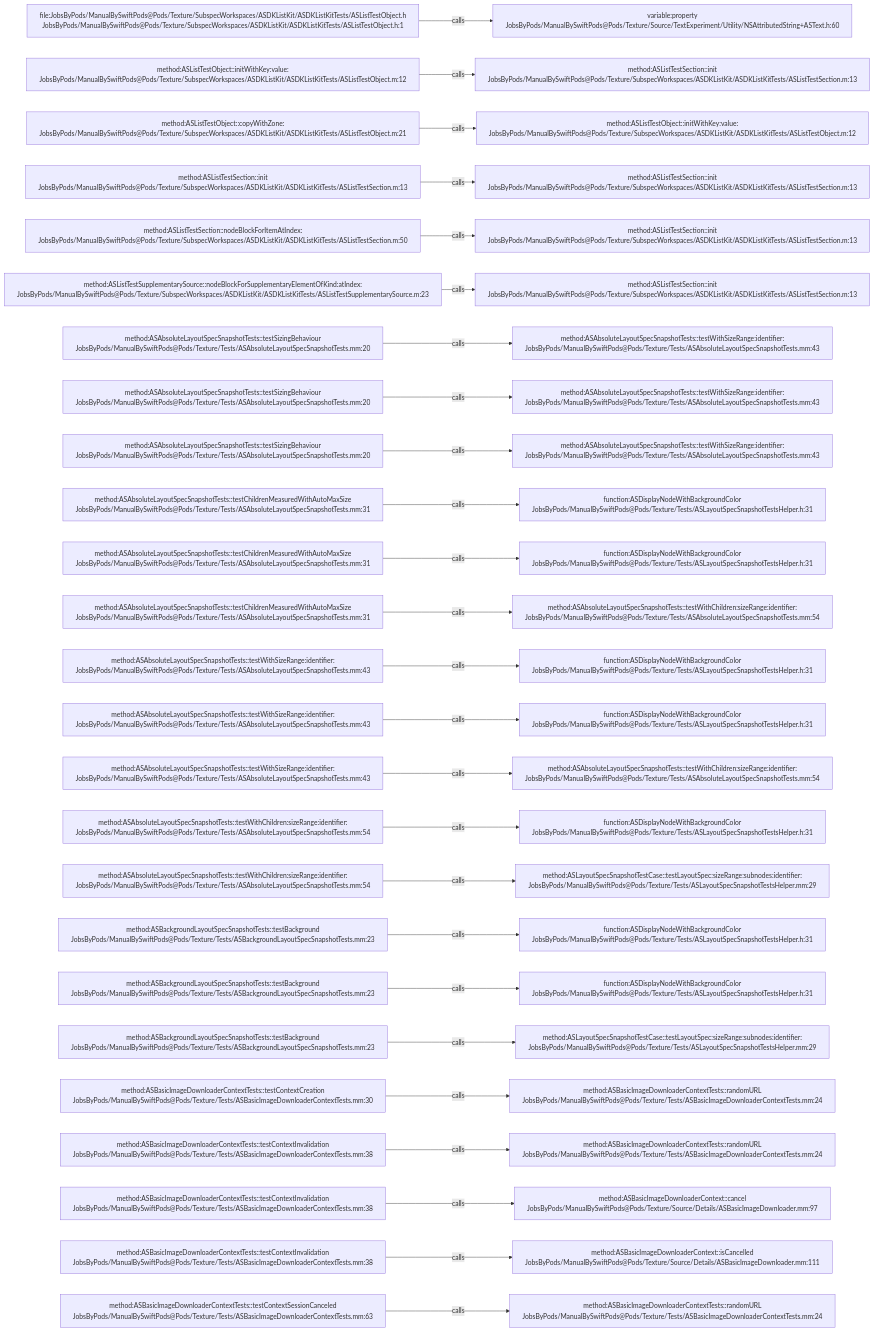
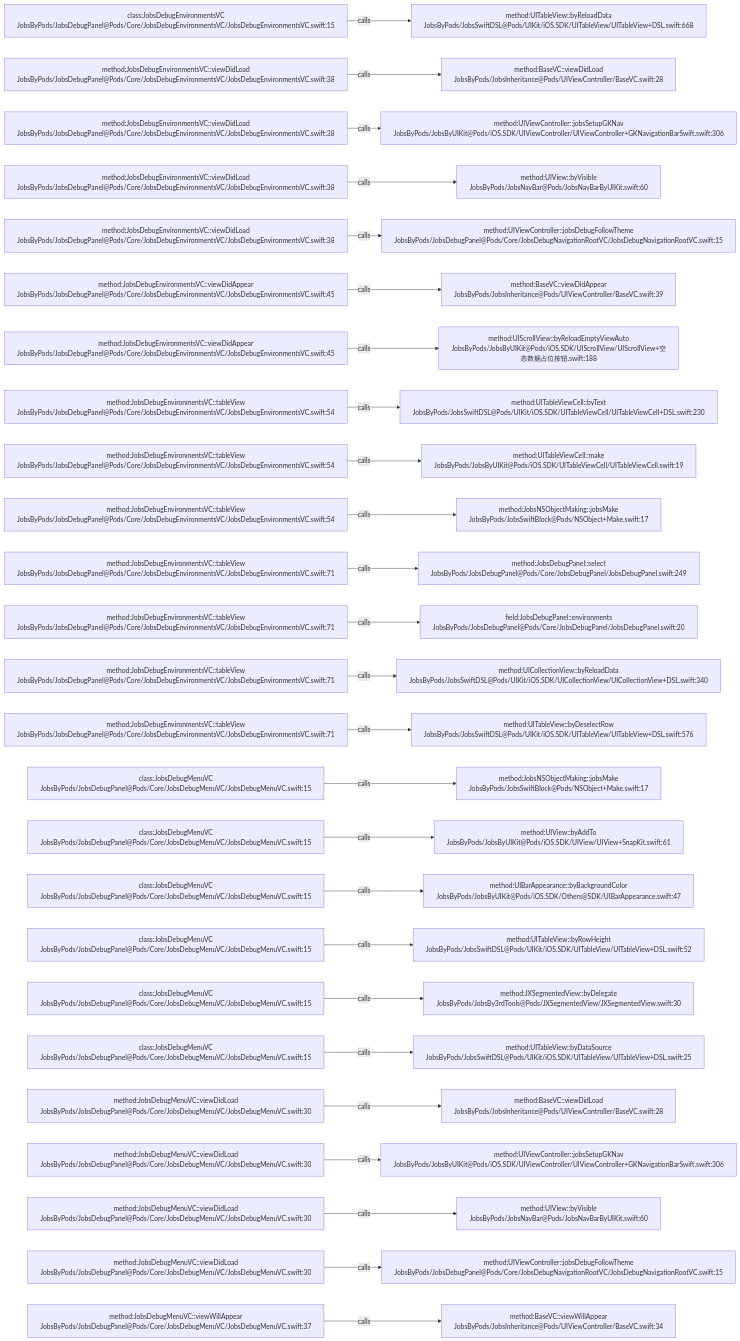
Before and after one commit to JobsKits/JobsSwiftBaseConfigDemo: the diagram in .codegraph/codegraph.md/graphs/calls-160.md, drawn with Mermaid. The commit also changed 224 other files, not shown here.

````diff
--- a/.codegraph/codegraph.md/graphs/calls-160.md
+++ b/.codegraph/codegraph.md/graphs/calls-160.md
@@ -13,78 +13,78 @@
 ```mermaid
 flowchart LR
-  S1["file:JobsByPods/ManualBySwiftPods@Pods/Texture/SubspecWorkspaces/ASDKListKit/ASDKListKitTests/ASListTestObject.h<br/>JobsByPods/ManualBySwiftPods@Pods/Texture/SubspecWorkspaces/ASDKListKit/ASDKListKitTests/ASListTestObject.h:1"]
-  T1["variable:property<br/>JobsByPods/ManualBySwiftPods@Pods/Texture/Source/TextExperiment/Utility/NSAttributedString+ASText.h:60"]
+  S1["class:JobsDebugEnvironmentsVC<br/>JobsByPods/JobsDebugPanel@Pods/Core/JobsDebugEnvironmentsVC/JobsDebugEnvironmentsVC.swift:15"]
+  T1["method:UITableView::byReloadData<br/>JobsByPods/JobsSwiftDSL@Pods/UIKit/iOS.SDK/UITableView/UITableView+DSL.swift:668"]
   S1 -->|calls| T1
-  S2["method:ASListTestObject::initWithKey:value:<br/>JobsByPods/ManualBySwiftPods@Pods/Texture/SubspecWorkspaces/ASDKListKit/ASDKListKitTests/ASListTestObject.m:12"]
-  T2["method:ASListTestSection::init<br/>JobsByPods/ManualBySwiftPods@Pods/Texture/SubspecWorkspaces/ASDKListKit/ASDKListKitTests/ASListTestSection.m:13"]
+  S2["method:JobsDebugEnvironmentsVC::viewDidLoad<br/>JobsByPods/JobsDebugPanel@Pods/Core/JobsDebugEnvironmentsVC/JobsDebugEnvironmentsVC.swift:38"]
+  T2["method:BaseVC::viewDidLoad<br/>JobsByPods/JobsInheritance@Pods/UIViewController/BaseVC.swift:28"]
   S2 -->|calls| T2
-  S3["method:ASListTestObject::copyWithZone:<br/>JobsByPods/ManualBySwiftPods@Pods/Texture/SubspecWorkspaces/ASDKListKit/ASDKListKitTests/ASListTestObject.m:21"]
-  T3["method:ASListTestObject::initWithKey:value:<br/>JobsByPods/ManualBySwiftPods@Pods/Texture/SubspecWorkspaces/ASDKListKit/ASDKListKitTests/ASListTestObject.m:12"]
+  S3["method:JobsDebugEnvironmentsVC::viewDidLoad<br/>JobsByPods/JobsDebugPanel@Pods/Core/JobsDebugEnvironmentsVC/JobsDebugEnvironmentsVC.swift:38"]
+  T3["method:UIViewController::jobsSetupGKNav<br/>JobsByPods/JobsByUIKit@Pods/iOS.SDK/UIViewController/UIViewController+GKNavigationBarSwift.swift:306"]
   S3 -->|calls| T3
-  S4["method:ASListTestSection::init<br/>JobsByPods/ManualBySwiftPods@Pods/Texture/SubspecWorkspaces/ASDKListKit/ASDKListKitTests/ASListTestSection.m:13"]
-  T4["method:ASListTestSection::init<br/>JobsByPods/ManualBySwiftPods@Pods/Texture/SubspecWorkspaces/ASDKListKit/ASDKListKitTests/ASListTestSection.m:13"]
+  S4["method:JobsDebugEnvironmentsVC::viewDidLoad<br/>JobsByPods/JobsDebugPanel@Pods/Core/JobsDebugEnvironmentsVC/JobsDebugEnvironmentsVC.swift:38"]
+  T4["method:UIView::byVisible<br/>JobsByPods/JobsNavBar@Pods/JobsNavBarByUIKit.swift:60"]
   S4 -->|calls| T4
-  S5["method:ASListTestSection::nodeBlockForItemAtIndex:<br/>JobsByPods/ManualBySwiftPods@Pods/Texture/SubspecWorkspaces/ASDKListKit/ASDKListKitTests/ASListTestSection.m:50"]
-  T5["method:ASListTestSection::init<br/>JobsByPods/ManualBySwiftPods@Pods/Texture/SubspecWorkspaces/ASDKListKit/ASDKListKitTests/ASListTestSection.m:13"]
+  S5["method:JobsDebugEnvironmentsVC::viewDidLoad<br/>JobsByPods/JobsDebugPanel@Pods/Core/JobsDebugEnvironmentsVC/JobsDebugEnvironmentsVC.swift:38"]
+  T5["method:UIViewController::jobsDebugFollowTheme<br/>JobsByPods/JobsDebugPanel@Pods/Core/JobsDebugNavigationRootVC/JobsDebugNavigationRootVC.swift:15"]
   S5 -->|calls| T5
-  S6["method:ASListTestSupplementarySource::nodeBlockForSupplementaryElementOfKind:atIndex:<br/>JobsByPods/ManualBySwiftPods@Pods/Texture/SubspecWorkspaces/ASDKListKit/ASDKListKitTests/ASListTestSupplementarySource.m:23"]
-  T6["method:ASListTestSection::init<br/>JobsByPods/ManualBySwiftPods@Pods/Texture/SubspecWorkspaces/ASDKListKit/ASDKListKitTests/ASListTestSection.m:13"]
+  S6["method:JobsDebugEnvironmentsVC::viewDidAppear<br/>JobsByPods/JobsDebugPanel@Pods/Core/JobsDebugEnvironmentsVC/JobsDebugEnvironmentsVC.swift:45"]
+  T6["method:BaseVC::viewDidAppear<br/>JobsByPods/JobsInheritance@Pods/UIViewController/BaseVC.swift:39"]
   S6 -->|calls| T6
-  S7["method:ASAbsoluteLayoutSpecSnapshotTests::testSizingBehaviour<br/>JobsByPods/ManualBySwiftPods@Pods/Texture/Tests/ASAbsoluteLayoutSpecSnapshotTests.mm:20"]
-  T7["method:ASAbsoluteLayoutSpecSnapshotTests::testWithSizeRange:identifier:<br/>JobsByPods/ManualBySwiftPods@Pods/Texture/Tests/ASAbsoluteLayoutSpecSnapshotTests.mm:43"]
+  S7["method:JobsDebugEnvironmentsVC::viewDidAppear<br/>JobsByPods/JobsDebugPanel@Pods/Core/JobsDebugEnvironmentsVC/JobsDebugEnvironmentsVC.swift:45"]
+  T7["method:UIScrollView::byReloadEmptyViewAuto<br/>JobsByPods/JobsByUIKit@Pods/iOS.SDK/UIScrollView/UIScrollView+空态数据占位按钮.swift:188"]
   S7 -->|calls| T7
-  S8["method:ASAbsoluteLayoutSpecSnapshotTests::testSizingBehaviour<br/>JobsByPods/ManualBySwiftPods@Pods/Texture/Tests/ASAbsoluteLayoutSpecSnapshotTests.mm:20"]
-  T8["method:ASAbsoluteLayoutSpecSnapshotTests::testWithSizeRange:identifier:<br/>JobsByPods/ManualBySwiftPods@Pods/Texture/Tests/ASAbsoluteLayoutSpecSnapshotTests.mm:43"]
+  S8["method:JobsDebugEnvironmentsVC::tableView<br/>JobsByPods/JobsDebugPanel@Pods/Core/JobsDebugEnvironmentsVC/JobsDebugEnvironmentsVC.swift:54"]
+  T8["method:UITableViewCell::byText<br/>JobsByPods/JobsSwiftDSL@Pods/UIKit/iOS.SDK/UITableViewCell/UITableViewCell+DSL.swift:230"]
   S8 -->|calls| T8
-  S9["method:ASAbsoluteLayoutSpecSnapshotTests::testSizingBehaviour<br/>JobsByPods/ManualBySwiftPods@Pods/Texture/Tests/ASAbsoluteLayoutSpecSnapshotTests.mm:20"]
-  T9["method:ASAbsoluteLayoutSpecSnapshotTests::testWithSizeRange:identifier:<br/>JobsByPods/ManualBySwiftPods@Pods/Texture/Tests/ASAbsoluteLayoutSpecSnapshotTests.mm:43"]
+  S9["method:JobsDebugEnvironmentsVC::tableView<br/>JobsByPods/JobsDebugPanel@Pods/Core/JobsDebugEnvironmentsVC/JobsDebugEnvironmentsVC.swift:54"]
+  T9["method:UITableViewCell::make<br/>JobsByPods/JobsByUIKit@Pods/iOS.SDK/UITableViewCell/UITableViewCell.swift:19"]
   S9 -->|calls| T9
-  S10["method:ASAbsoluteLayoutSpecSnapshotTests::testChildrenMeasuredWithAutoMaxSize<br/>JobsByPods/ManualBySwiftPods@Pods/Texture/Tests/ASAbsoluteLayoutSpecSnapshotTests.mm:31"]
-  T10["function:ASDisplayNodeWithBackgroundColor<br/>JobsByPods/ManualBySwiftPods@Pods/Texture/Tests/ASLayoutSpecSnapshotTestsHelper.h:31"]
+  S10["method:JobsDebugEnvironmentsVC::tableView<br/>JobsByPods/JobsDebugPanel@Pods/Core/JobsDebugEnvironmentsVC/JobsDebugEnvironmentsVC.swift:54"]
+  T10["method:JobsNSObjectMaking::jobsMake<br/>JobsByPods/JobsSwiftBlock@Pods/NSObject+Make.swift:17"]
   S10 -->|calls| T10
-  S11["method:ASAbsoluteLayoutSpecSnapshotTests::testChildrenMeasuredWithAutoMaxSize<br/>JobsByPods/ManualBySwiftPods@Pods/Texture/Tests/ASAbsoluteLayoutSpecSnapshotTests.mm:31"]
-  T11["function:ASDisplayNodeWithBackgroundColor<br/>JobsByPods/ManualBySwiftPods@Pods/Texture/Tests/ASLayoutSpecSnapshotTestsHelper.h:31"]
+  S11["method:JobsDebugEnvironmentsVC::tableView<br/>JobsByPods/JobsDebugPanel@Pods/Core/JobsDebugEnvironmentsVC/JobsDebugEnvironmentsVC.swift:71"]
+  T11["method:JobsDebugPanel::select<br/>JobsByPods/JobsDebugPanel@Pods/Core/JobsDebugPanel/JobsDebugPanel.swift:249"]
   S11 -->|calls| T11
-  S12["method:ASAbsoluteLayoutSpecSnapshotTests::testChildrenMeasuredWithAutoMaxSize<br/>JobsByPods/ManualBySwiftPods@Pods/Texture/Tests/ASAbsoluteLayoutSpecSnapshotTests.mm:31"]
-  T12["method:ASAbsoluteLayoutSpecSnapshotTests::testWithChildren:sizeRange:identifier:<br/>JobsByPods/ManualBySwiftPods@Pods/Texture/Tests/ASAbsoluteLayoutSpecSnapshotTests.mm:54"]
+  S12["method:JobsDebugEnvironmentsVC::tableView<br/>JobsByPods/JobsDebugPanel@Pods/Core/JobsDebugEnvironmentsVC/JobsDebugEnvironmentsVC.swift:71"]
+  T12["field:JobsDebugPanel::environments<br/>JobsByPods/JobsDebugPanel@Pods/Core/JobsDebugPanel/JobsDebugPanel.swift:20"]
   S12 -->|calls| T12
-  S13["method:ASAbsoluteLayoutSpecSnapshotTests::testWithSizeRange:identifier:<br/>JobsByPods/ManualBySwiftPods@Pods/Texture/Tests/ASAbsoluteLayoutSpecSnapshotTests.mm:43"]
-  T13["function:ASDisplayNodeWithBackgroundColor<br/>JobsByPods/ManualBySwiftPods@Pods/Texture/Tests/ASLayoutSpecSnapshotTestsHelper.h:31"]
+  S13["method:JobsDebugEnvironmentsVC::tableView<br/>JobsByPods/JobsDebugPanel@Pods/Core/JobsDebugEnvironmentsVC/JobsDebugEnvironmentsVC.swift:71"]
+  T13["method:UICollectionView::byReloadData<br/>JobsByPods/JobsSwiftDSL@Pods/UIKit/iOS.SDK/UICollectionView/UICollectionView+DSL.swift:340"]
   S13 -->|calls| T13
-  S14["method:ASAbsoluteLayoutSpecSnapshotTests::testWithSizeRange:identifier:<br/>JobsByPods/ManualBySwiftPods@Pods/Texture/Tests/ASAbsoluteLayoutSpecSnapshotTests.mm:43"]
-  T14["function:ASDisplayNodeWithBackgroundColor<br/>JobsByPods/ManualBySwiftPods@Pods/Texture/Tests/ASLayoutSpecSnapshotTestsHelper.h:31"]
+  S14["method:JobsDebugEnvironmentsVC::tableView<br/>JobsByPods/JobsDebugPanel@Pods/Core/JobsDebugEnvironmentsVC/JobsDebugEnvironmentsVC.swift:71"]
+  T14["method:UITableView::byDeselectRow<br/>JobsByPods/JobsSwiftDSL@Pods/UIKit/iOS.SDK/UITableView/UITableView+DSL.swift:576"]
   S14 -->|calls| T14
-  S15["method:ASAbsoluteLayoutSpecSnapshotTests::testWithSizeRange:identifier:<br/>JobsByPods/ManualBySwiftPods@Pods/Texture/Tests/ASAbsoluteLayoutSpecSnapshotTests.mm:43"]
-  T15["method:ASAbsoluteLayoutSpecSnapshotTests::testWithChildren:sizeRange:identifier:<br/>JobsByPods/ManualBySwiftPods@Pods/Texture/Tests/ASAbsoluteLayoutSpecSnapshotTests.mm:54"]
+  S15["class:JobsDebugMenuVC<br/>JobsByPods/JobsDebugPanel@Pods/Core/JobsDebugMenuVC/JobsDebugMenuVC.swift:15"]
+  T15["method:JobsNSObjectMaking::jobsMake<br/>JobsByPods/JobsSwiftBlock@Pods/NSObject+Make.swift:17"]
   S15 -->|calls| T15
-  S16["method:ASAbsoluteLayoutSpecSnapshotTests::testWithChildren:sizeRange:identifier:<br/>JobsByPods/ManualBySwiftPods@Pods/Texture/Tests/ASAbsoluteLayoutSpecSnapshotTests.mm:54"]
-  T16["function:ASDisplayNodeWithBackgroundColor<br/>JobsByPods/ManualBySwiftPods@Pods/Texture/Tests/ASLayoutSpecSnapshotTestsHelper.h:31"]
+  S16["class:JobsDebugMenuVC<br/>JobsByPods/JobsDebugPanel@Pods/Core/JobsDebugMenuVC/JobsDebugMenuVC.swift:15"]
+  T16["method:UIView::byAddTo<br/>JobsByPods/JobsByUIKit@Pods/iOS.SDK/UIView/UIView+SnapKit.swift:61"]
   S16 -->|calls| T16
-  S17["method:ASAbsoluteLayoutSpecSnapshotTests::testWithChildren:sizeRange:identifier:<br/>JobsByPods/ManualBySwiftPods@Pods/Texture/Tests/ASAbsoluteLayoutSpecSnapshotTests.mm:54"]
-  T17["method:ASLayoutSpecSnapshotTestCase::testLayoutSpec:sizeRange:subnodes:identifier:<br/>JobsByPods/ManualBySwiftPods@Pods/Texture/Tests/ASLayoutSpecSnapshotTestsHelper.mm:29"]
+  S17["class:JobsDebugMenuVC<br/>JobsByPods/JobsDebugPanel@Pods/Core/JobsDebugMenuVC/JobsDebugMenuVC.swift:15"]
+  T17["method:UIBarAppearance::byBackgroundColor<br/>JobsByPods/JobsByUIKit@Pods/iOS.SDK/Others@SDK/UIBarAppearance.swift:47"]
   S17 -->|calls| T17
-  S18["method:ASBackgroundLayoutSpecSnapshotTests::testBackground<br/>JobsByPods/ManualBySwiftPods@Pods/Texture/Tests/ASBackgroundLayoutSpecSnapshotTests.mm:23"]
-  T18["function:ASDisplayNodeWithBackgroundColor<br/>JobsByPods/ManualBySwiftPods@Pods/Texture/Tests/ASLayoutSpecSnapshotTestsHelper.h:31"]
+  S18["class:JobsDebugMenuVC<br/>JobsByPods/JobsDebugPanel@Pods/Core/JobsDebugMenuVC/JobsDebugMenuVC.swift:15"]
+  T18["method:UITableView::byRowHeight<br/>JobsByPods/JobsSwiftDSL@Pods/UIKit/iOS.SDK/UITableView/UITableView+DSL.swift:52"]
   S18 -->|calls| T18
-  S19["method:ASBackgroundLayoutSpecSnapshotTests::testBackground<br/>JobsByPods/ManualBySwiftPods@Pods/Texture/Tests/ASBackgroundLayoutSpecSnapshotTests.mm:23"]
-  T19["function:ASDisplayNodeWithBackgroundColor<br/>JobsByPods/ManualBySwiftPods@Pods/Texture/Tests/ASLayoutSpecSnapshotTestsHelper.h:31"]
+  S19["class:JobsDebugMenuVC<br/>JobsByPods/JobsDebugPanel@Pods/Core/JobsDebugMenuVC/JobsDebugMenuVC.swift:15"]
+  T19["method:JXSegmentedView::byDelegate<br/>JobsByPods/JobsBy3rdTools@Pods/JXSegmentedView/JXSegmentedView.swift:30"]
   S19 -->|calls| T19
-  S20["method:ASBackgroundLayoutSpecSnapshotTests::testBackground<br/>JobsByPods/ManualBySwiftPods@Pods/Texture/Tests/ASBackgroundLayoutSpecSnapshotTests.mm:23"]
-  T20["method:ASLayoutSpecSnapshotTestCase::testLayoutSpec:sizeRange:subnodes:identifier:<br/>JobsByPods/ManualBySwiftPods@Pods/Texture/Tests/ASLayoutSpecSnapshotTestsHelper.mm:29"]
+  S20["class:JobsDebugMenuVC<br/>JobsByPods/JobsDebugPanel@Pods/Core/JobsDebugMenuVC/JobsDebugMenuVC.swift:15"]
+  T20["method:UITableView::byDataSource<br/>JobsByPods/JobsSwiftDSL@Pods/UIKit/iOS.SDK/UITableView/UITableView+DSL.swift:25"]
   S20 -->|calls| T20
-  S21["method:ASBasicImageDownloaderContextTests::testContextCreation<br/>JobsByPods/ManualBySwiftPods@Pods/Texture/Tests/ASBasicImageDownloaderContextTests.mm:30"]
-  T21["method:ASBasicImageDownloaderContextTests::randomURL<br/>JobsByPods/ManualBySwiftPods@Pods/Texture/Tests/ASBasicImageDownloaderContextTests.mm:24"]
+  S21["method:JobsDebugMenuVC::viewDidLoad<br/>JobsByPods/JobsDebugPanel@Pods/Core/JobsDebugMenuVC/JobsDebugMenuVC.swift:30"]
+  T21["method:BaseVC::viewDidLoad<br/>JobsByPods/JobsInheritance@Pods/UIViewController/BaseVC.swift:28"]
   S21 -->|calls| T21
-  S22["method:ASBasicImageDownloaderContextTests::testContextInvalidation<br/>JobsByPods/ManualBySwiftPods@Pods/Texture/Tests/ASBasicImageDownloaderContextTests.mm:38"]
-  T22["method:ASBasicImageDownloaderContextTests::randomURL<br/>JobsByPods/ManualBySwiftPods@Pods/Texture/Tests/ASBasicImageDownloaderContextTests.mm:24"]
+  S22["method:JobsDebugMenuVC::viewDidLoad<br/>JobsByPods/JobsDebugPanel@Pods/Core/JobsDebugMenuVC/JobsDebugMenuVC.swift:30"]
+  T22["method:UIViewController::jobsSetupGKNav<br/>JobsByPods/JobsByUIKit@Pods/iOS.SDK/UIViewController/UIViewController+GKNavigationBarSwift.swift:306"]
   S22 -->|calls| T22
-  S23["method:ASBasicImageDownloaderContextTests::testContextInvalidation<br/>JobsByPods/ManualBySwiftPods@Pods/Texture/Tests/ASBasicImageDownloaderContextTests.mm:38"]
-  T23["method:ASBasicImageDownloaderContext::cancel<br/>JobsByPods/ManualBySwiftPods@Pods/Texture/Source/Details/ASBasicImageDownloader.mm:97"]
+  S23["method:JobsDebugMenuVC::viewDidLoad<br/>JobsByPods/JobsDebugPanel@Pods/Core/JobsDebugMenuVC/JobsDebugMenuVC.swift:30"]
+  T23["method:UIView::byVisible<br/>JobsByPods/JobsNavBar@Pods/JobsNavBarByUIKit.swift:60"]
   S23 -->|calls| T23
-  S24["method:ASBasicImageDownloaderContextTests::testContextInvalidation<br/>JobsByPods/ManualBySwiftPods@Pods/Texture/Tests/ASBasicImageDownloaderContextTests.mm:38"]
-  T24["method:ASBasicImageDownloaderContext::isCancelled<br/>JobsByPods/ManualBySwiftPods@Pods/Texture/Source/Details/ASBasicImageDownloader.mm:111"]
+  S24["method:JobsDebugMenuVC::viewDidLoad<br/>JobsByPods/JobsDebugPanel@Pods/Core/JobsDebugMenuVC/JobsDebugMenuVC.swift:30"]
+  T24["method:UIViewController::jobsDebugFollowTheme<br/>JobsByPods/JobsDebugPanel@Pods/Core/JobsDebugNavigationRootVC/JobsDebugNavigationRootVC.swift:15"]
   S24 -->|calls| T24
-  S25["method:ASBasicImageDownloaderContextTests::testContextSessionCanceled<br/>JobsByPods/ManualBySwiftPods@Pods/Texture/Tests/ASBasicImageDownloaderContextTests.mm:63"]
-  T25["method:ASBasicImageDownloaderContextTests::randomURL<br/>JobsByPods/ManualBySwiftPods@Pods/Texture/Tests/ASBasicImageDownloaderContextTests.mm:24"]
+  S25["method:JobsDebugMenuVC::viewWillAppear<br/>JobsByPods/JobsDebugPanel@Pods/Core/JobsDebugMenuVC/JobsDebugMenuVC.swift:37"]
+  T25["method:BaseVC::viewWillAppear<br/>JobsByPods/JobsInheritance@Pods/UIViewController/BaseVC.swift:34"]
   S25 -->|calls| T25
 ```
````
